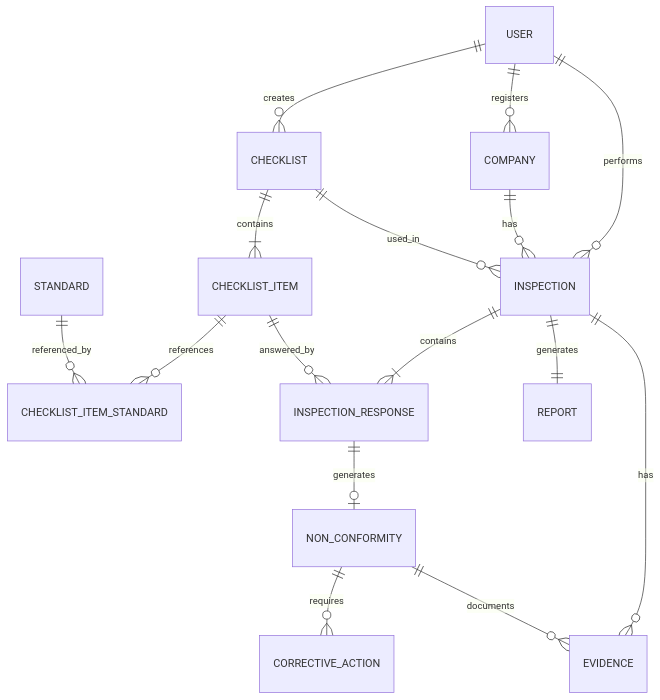
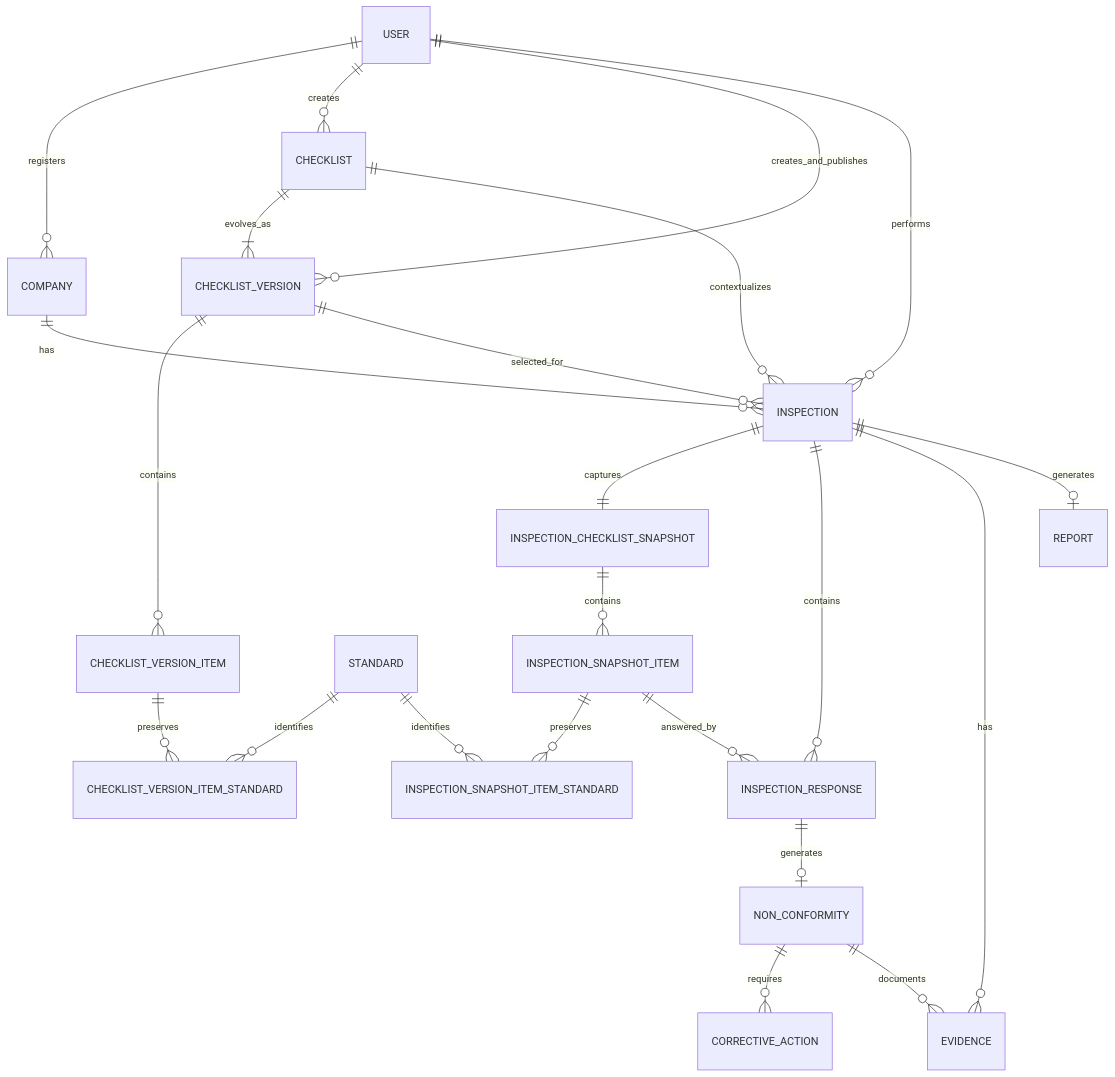
One commit to PedroVitor237/safe-watch-insight changed the diagram in Documentation/ModeloConceitualDoBancoDeDados.md. Above: the diagram before and after it, drawn with Mermaid. The commit also changed other lines of this file and 59 other files, not shown here.

First line of the commit message:
SPRINT — Published Checklist Versions + Inspection Snapshot

````diff
--- a/Documentation/ModeloConceitualDoBancoDeDados.md
+++ b/Documentation/ModeloConceitualDoBancoDeDados.md
@@ -19,30 +13,28 @@
 ```mermaid
 erDiagram
+  USER ||--o{ COMPANY : registers
+  USER ||--o{ CHECKLIST : creates
+  USER ||--o{ CHECKLIST_VERSION : creates_and_publishes
+  USER ||--o{ INSPECTION : performs
 
-USER ||--o{ COMPANY : registers
-USER ||--o{ CHECKLIST : creates
-USER ||--o{ INSPECTION : performs
+  COMPANY ||--o{ INSPECTION : has
+  CHECKLIST ||--|{ CHECKLIST_VERSION : evolves_as
+  CHECKLIST_VERSION ||--o{ CHECKLIST_VERSION_ITEM : contains
+  CHECKLIST_VERSION_ITEM ||--o{ CHECKLIST_VERSION_ITEM_STANDARD : preserves
+  STANDARD ||--o{ CHECKLIST_VERSION_ITEM_STANDARD : identifies
 
-COMPANY ||--o{ INSPECTION : has
+  CHECKLIST ||--o{ INSPECTION : contextualizes
+  CHECKLIST_VERSION ||--o{ INSPECTION : selected_for
+  INSPECTION ||--|| INSPECTION_CHECKLIST_SNAPSHOT : captures
+  INSPECTION_CHECKLIST_SNAPSHOT ||--o{ INSPECTION_SNAPSHOT_ITEM : contains
+  INSPECTION_SNAPSHOT_ITEM ||--o{ INSPECTION_SNAPSHOT_ITEM_STANDARD : preserves
+  STANDARD ||--o{ INSPECTION_SNAPSHOT_ITEM_STANDARD : identifies
 
-CHECKLIST ||--|{ CHECKLIST_ITEM : contains
-
-CHECKLIST ||--o{ INSPECTION : used_in
-
-CHECKLIST_ITEM ||--o{ CHECKLIST_ITEM_STANDARD : references
-STANDARD ||--o{ CHECKLIST_ITEM_STANDARD : referenced_by
-
-INSPECTION ||--|{ INSPECTION_RESPONSE : contains
-
-CHECKLIST_ITEM ||--o{ INSPECTION_RESPONSE : answered_by
-
-INSPECTION ||--o{ EVIDENCE : has
-
-INSPECTION ||--|| REPORT : generates
-
-INSPECTION_RESPONSE ||--o| NON_CONFORMITY : generates
-
-NON_CONFORMITY ||--o{ CORRECTIVE_ACTION : requires
-
-NON_CONFORMITY ||--o{ EVIDENCE : documents
+  INSPECTION ||--o{ INSPECTION_RESPONSE : contains
+  INSPECTION_SNAPSHOT_ITEM ||--o{ INSPECTION_RESPONSE : answered_by
+  INSPECTION_RESPONSE ||--o| NON_CONFORMITY : generates
+  NON_CONFORMITY ||--o{ CORRECTIVE_ACTION : requires
+  INSPECTION ||--o{ EVIDENCE : has
+  NON_CONFORMITY ||--o{ EVIDENCE : documents
+  INSPECTION ||--o| REPORT : generates
 ```
````
